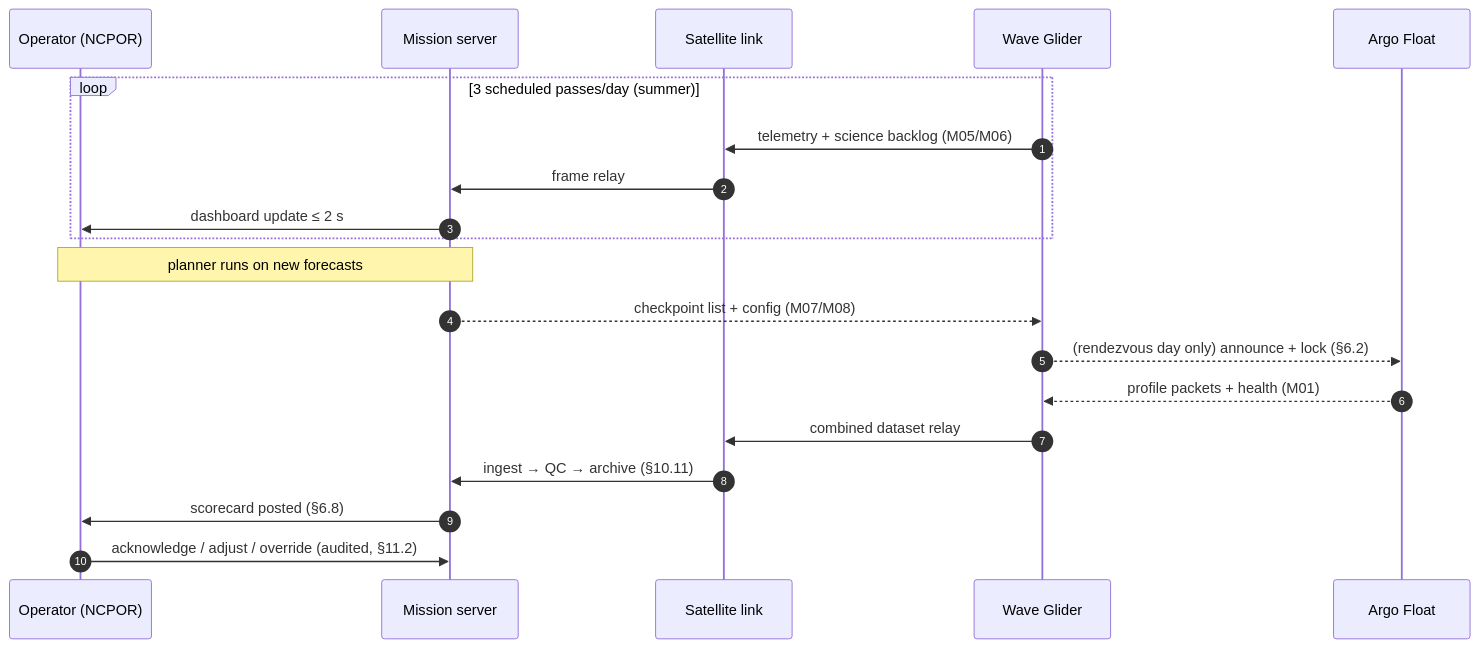
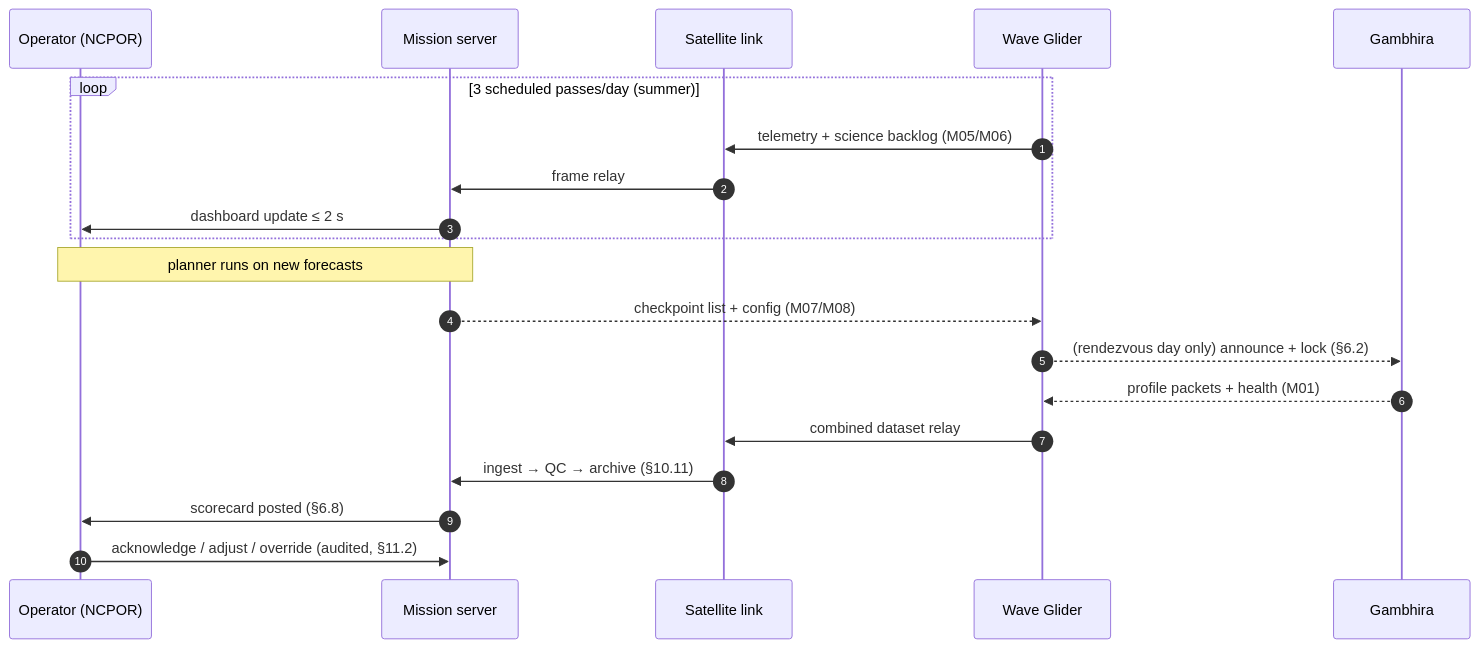
Diagram 28 of 34 in README.md (DAnuraag/Dhakshin), drawn with Mermaid before and after one commit. The commit also changed other lines of this file, not shown here.

````diff
--- a/README.md
+++ b/README.md
@@ -3827,23 +3827,23 @@
 ```mermaid
 sequenceDiagram
     autonumber
     participant OPS as Operator (NCPOR)
     participant SRV as Mission server
     participant SAT as Satellite link
     participant WG as Wave Glider
-    participant FL as Argo Float
+    participant FL as Gambhira
 
     loop 3 scheduled passes/day (summer)
         WG->>SAT: telemetry + science backlog (M05/M06)
         SAT->>SRV: frame relay
         SRV->>OPS: dashboard update ≤ 2 s
     end
     Note over OPS,SRV: planner runs on new forecasts
     SRV-->>WG: checkpoint list + config (M07/M08)
     WG-->>FL: (rendezvous day only) announce + lock (§6.2)
     FL-->>WG: profile packets + health (M01)
     WG->>SAT: combined dataset relay
     SAT->>SRV: ingest → QC → archive (§10.11)
     SRV->>OPS: scorecard posted (§6.8)
     OPS->>SRV: acknowledge / adjust / override (audited, §11.2)
 ```
````
